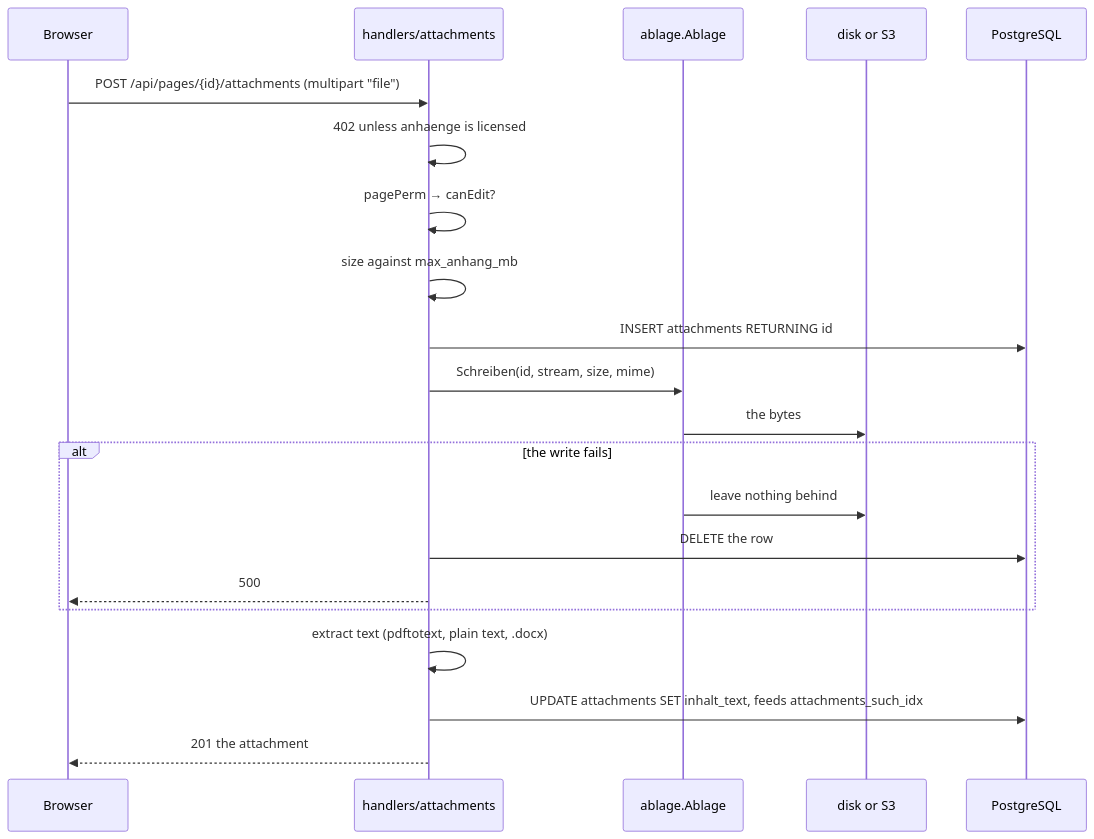
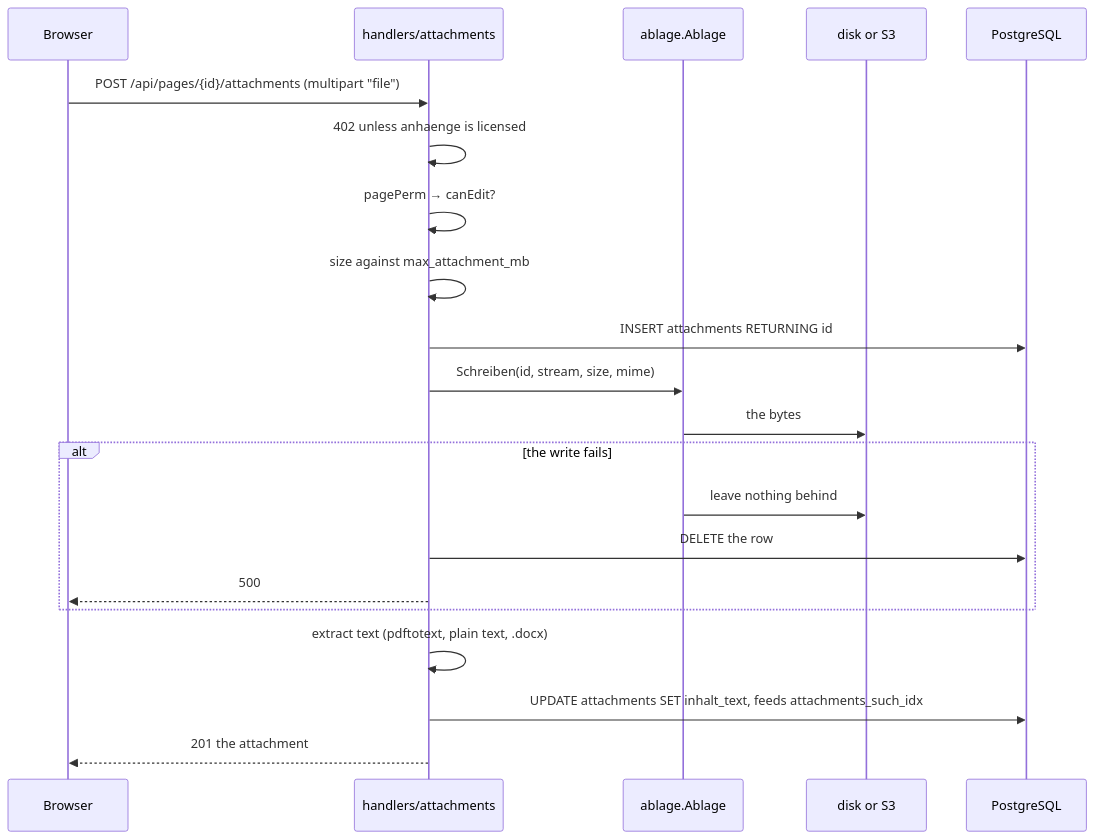
The ninth of 16 diagrams in docs/architecture.md (Dschonas04/Nexora), drawn with Mermaid before and after one commit. The commit also changed other lines of this file and 24 other files, not shown here.

````diff
--- a/docs/architecture.md
+++ b/docs/architecture.md
@@ -555,24 +555,24 @@
 ```mermaid
 sequenceDiagram
     participant B as Browser
     participant H as handlers/attachments
     participant A as ablage.Ablage
     participant S as disk or S3
     participant D as PostgreSQL
 
     B->>H: POST /api/pages/{id}/attachments (multipart "file")
     H->>H: 402 unless anhaenge is licensed
     H->>H: pagePerm → canEdit?
-    H->>H: size against max_anhang_mb
+    H->>H: size against max_attachment_mb
     H->>D: INSERT attachments RETURNING id
     H->>A: Schreiben(id, stream, size, mime)
     A->>S: the bytes
     alt the write fails
         A->>S: leave nothing behind
         H->>D: DELETE the row
         H-->>B: 500
     end
     H->>H: extract text (pdftotext, plain text, .docx)
     H->>D: UPDATE attachments SET inhalt_text, feeds attachments_such_idx
     H-->>B: 201 the attachment
 ```
````
